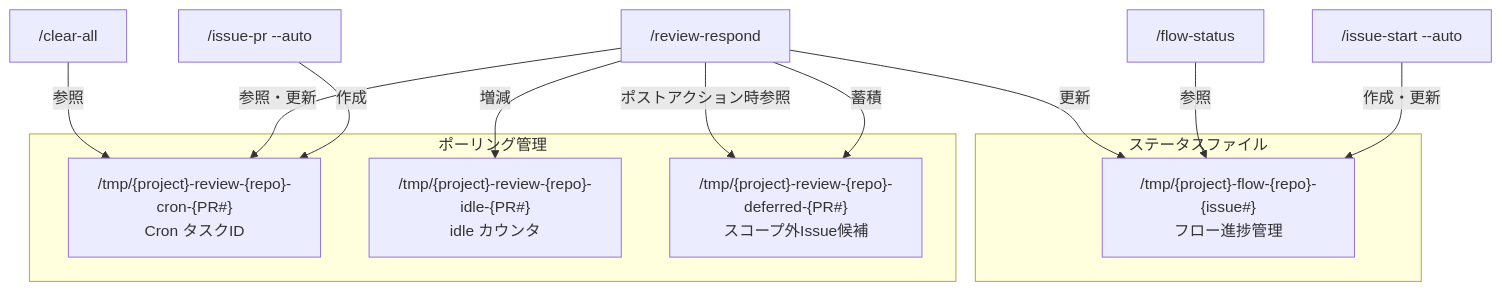
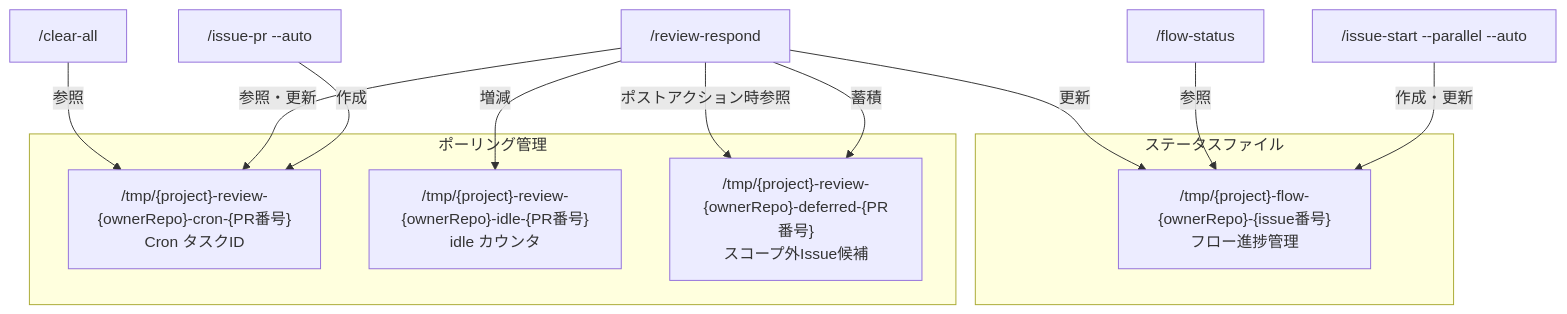
The eighth of 8 diagrams in docs/command-orchestration.md (KdavisO/claude-project-template), drawn with Mermaid before and after one commit. The commit also changed other lines of this file, not shown here.

First line of the commit message:
fix: Copilotレビュー指摘に基づくフロー図の修正

````diff
--- a/docs/command-orchestration.md
+++ b/docs/command-orchestration.md
@@ -224,24 +224,24 @@
 ```mermaid
 graph TD
     subgraph "ステータスファイル"
-        SF["/tmp/{project}-flow-{repo}-{issue#}\nフロー進捗管理"]
+        SF["/tmp/{project}-flow-{ownerRepo}-{issue番号}\nフロー進捗管理"]
     end
 
     subgraph "ポーリング管理"
-        CF["/tmp/{project}-review-{repo}-cron-{PR#}\nCron タスクID"]
-        IF["/tmp/{project}-review-{repo}-idle-{PR#}\nidle カウンタ"]
-        DF["/tmp/{project}-review-{repo}-deferred-{PR#}\nスコープ外Issue候補"]
+        CF["/tmp/{project}-review-{ownerRepo}-cron-{PR番号}\nCron タスクID"]
+        IF["/tmp/{project}-review-{ownerRepo}-idle-{PR番号}\nidle カウンタ"]
+        DF["/tmp/{project}-review-{ownerRepo}-deferred-{PR番号}\nスコープ外Issue候補"]
     end
 
-    IS["/issue-start --auto"] -->|"作成・更新"| SF
+    IS["/issue-start --parallel --auto"] -->|"作成・更新"| SF
     FS["/flow-status"] -->|"参照"| SF
     RR["/review-respond"] -->|"更新"| SF
 
     IP["/issue-pr --auto"] -->|"作成"| CF
     RR -->|"参照・更新"| CF
     CA["/clear-all"] -->|"参照"| CF
 
     RR -->|"増減"| IF
     RR -->|"蓄積"| DF
     RR -->|"ポストアクション時参照"| DF
 ```
````
